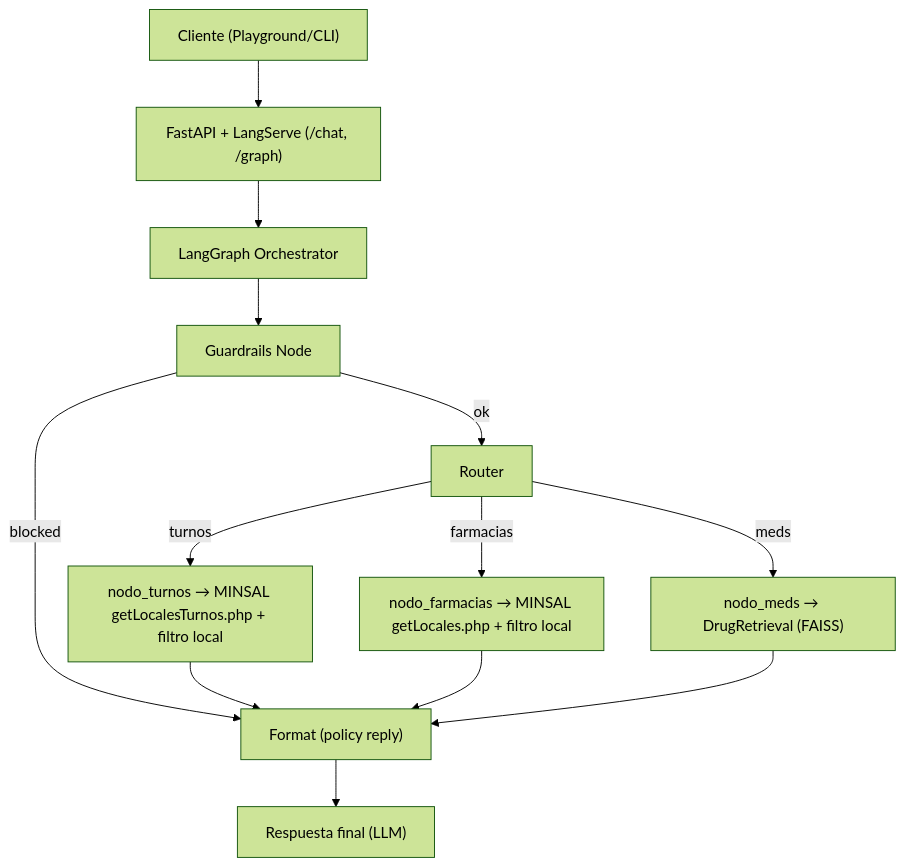
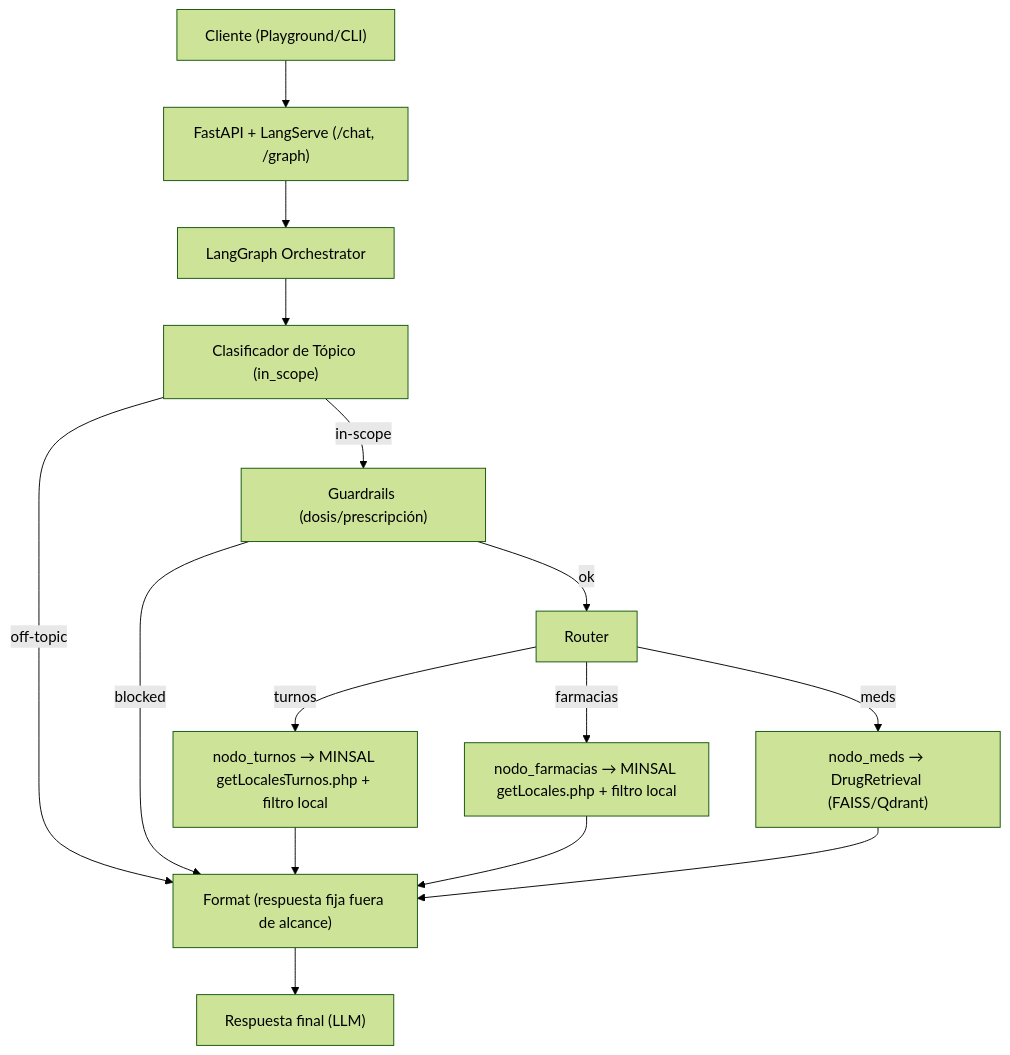
Before and after one commit to lastra00/medical-assistant: the first of 4 diagrams in med_agent/README.md, drawn with Mermaid (forest theme). The commit also changed other lines of this file and 1 other file, not shown here.

````diff
--- a/med_agent/README.md
+++ b/med_agent/README.md
@@ -64,15 +65,17 @@
 ```mermaid
 graph TD
   A["Cliente (Playground/CLI)"] --> B["FastAPI + LangServe (/chat, /graph)"]
   B --> C["LangGraph Orchestrator"]
-  C --> D["Guardrails Node"]
-  D -- "blocked" --> H["Format (policy reply)"]
-  D -- "ok" --> E["Router"]
+  C --> S["Clasificador de Tópico (in_scope)"]
+  S -- off-topic --> H["Format (respuesta fija fuera de alcance)"]
+  S -- in-scope --> D["Guardrails (dosis/prescripción)"]
+  D -- blocked --> H
+  D -- ok --> E["Router"]
   E -- "turnos" --> F["nodo_turnos → MINSAL getLocalesTurnos.php + filtro local"]
   E -- "farmacias" --> G["nodo_farmacias → MINSAL getLocales.php + filtro local"]
-  E -- "meds" --> I["nodo_meds → DrugRetrieval (FAISS)"]
+  E -- "meds" --> I["nodo_meds → DrugRetrieval (FAISS/Qdrant)"]
   F --> H
   G --> H
   I --> H
   H --> J["Respuesta final (LLM)"]
 ```
````
